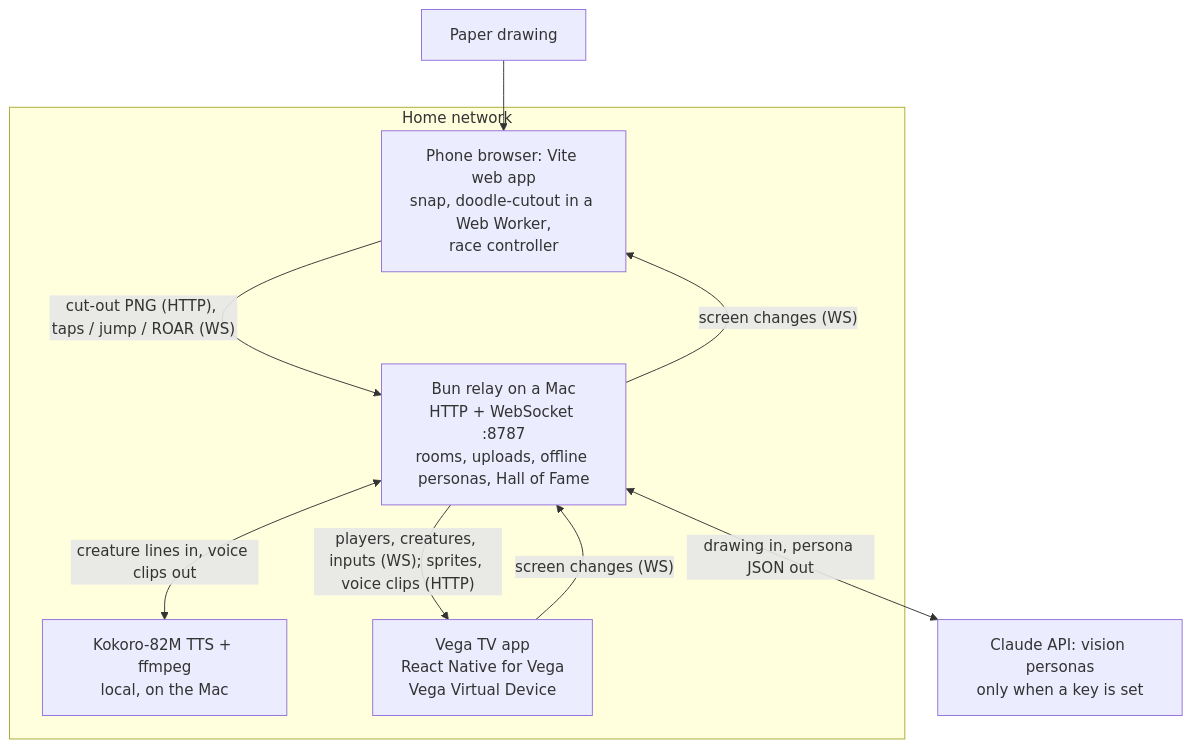
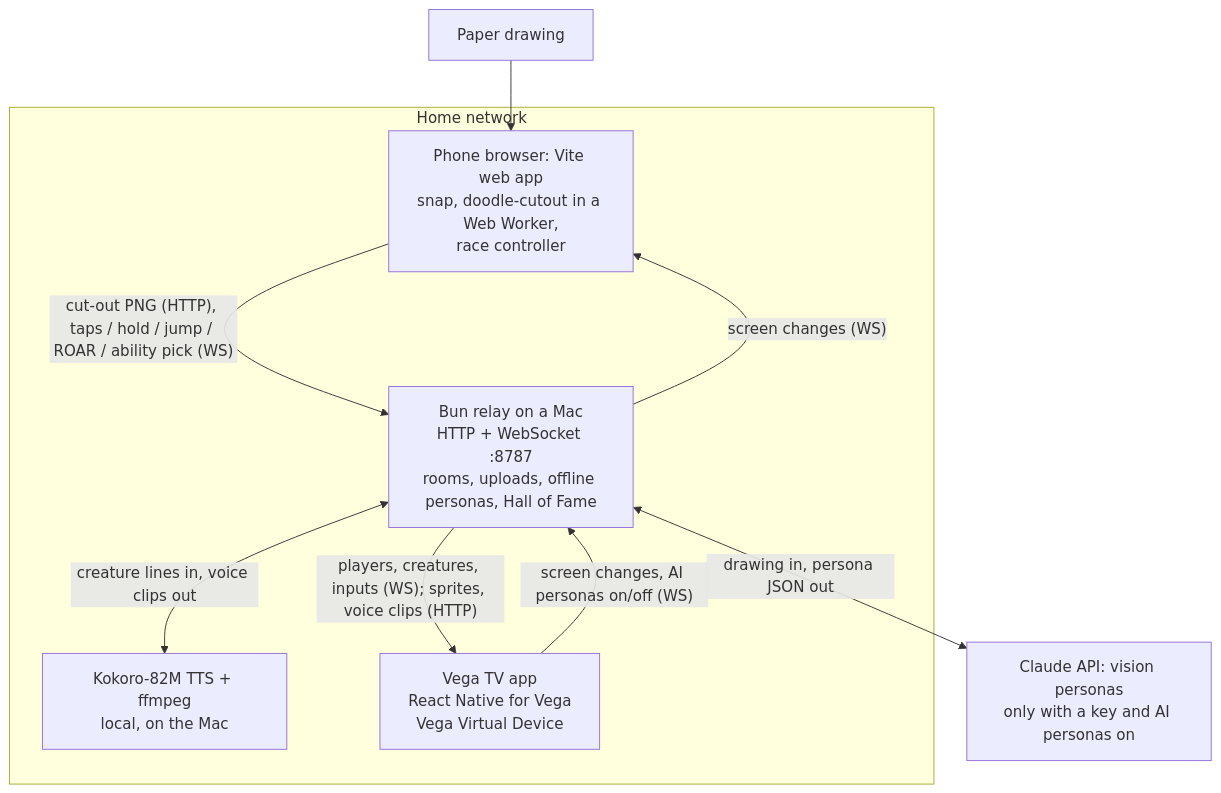
The diagram in README.md (Harindulk/sketchlings), drawn with Mermaid before and after one commit. The commit also changed other lines of this file and 7 other files, not shown here.

````diff
--- a/README.md
+++ b/README.md
@@ -195,17 +224,17 @@
 ```mermaid
 flowchart TB
   paper["Paper drawing"] --> phone
   subgraph home["Home network"]
     phone["Phone browser: Vite web app<br/>snap, doodle-cutout in a Web Worker,<br/>race controller"]
     relay["Bun relay on a Mac<br/>HTTP + WebSocket :8787<br/>rooms, uploads, offline personas, Hall of Fame"]
     tts["Kokoro-82M TTS + ffmpeg<br/>local, on the Mac"]
     tv["Vega TV app<br/>React Native for Vega<br/>Vega Virtual Device"]
   end
-  claude["Claude API: vision personas<br/>only when a key is set"]
-  phone -->|"cut-out PNG (HTTP), taps / jump / ROAR (WS)"| relay
+  claude["Claude API: vision personas<br/>only with a key and AI personas on"]
+  phone -->|"cut-out PNG (HTTP), taps / hold / jump / ROAR / ability pick (WS)"| relay
   relay -->|"screen changes (WS)"| phone
   relay -->|"players, creatures, inputs (WS); sprites, voice clips (HTTP)"| tv
-  tv -->|"screen changes (WS)"| relay
+  tv -->|"screen changes, AI personas on/off (WS)"| relay
   relay <-->|"creature lines in, voice clips out"| tts
   relay <-->|"drawing in, persona JSON out"| claude
 ```
````
